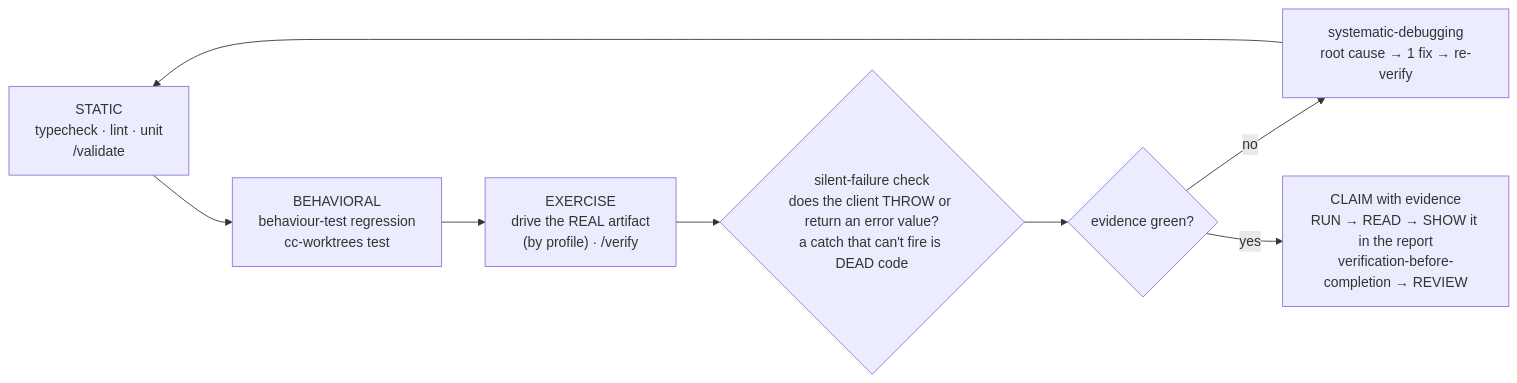
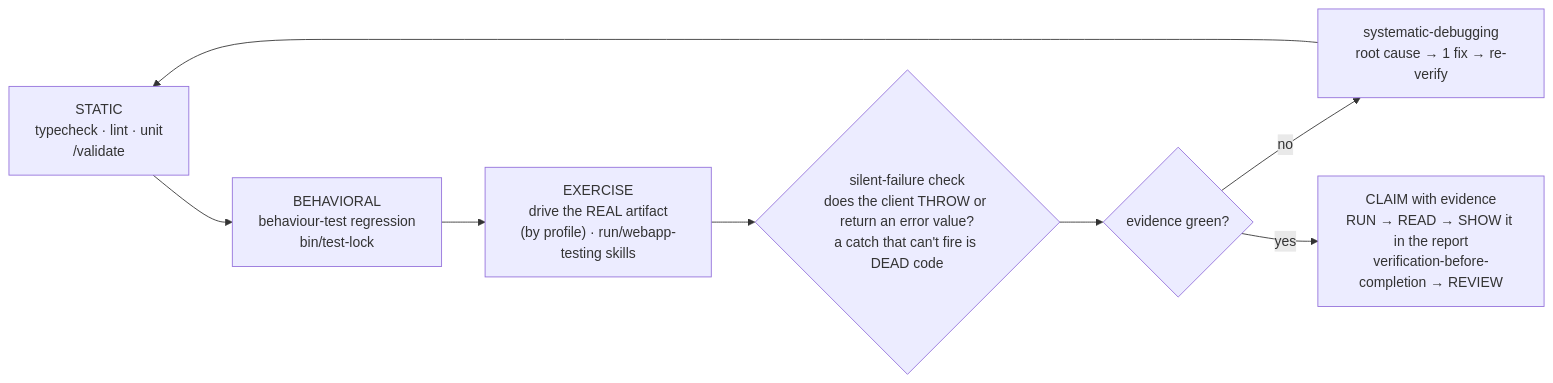
The diagram in docs/VERIFY-WORKFLOW.md (HenriGeorge/Yannick), drawn with Mermaid before and after one commit. The commit also changed other lines of this file and 7 other files, not shown here.

````diff
--- a/docs/VERIFY-WORKFLOW.md
+++ b/docs/VERIFY-WORKFLOW.md
@@ -16,10 +16,10 @@
 ```mermaid
 flowchart LR
-    S["STATIC<br/>typecheck · lint · unit<br/>/validate"] --> B["BEHAVIORAL<br/>behaviour-test regression<br/>cc-worktrees test"]
-    B --> L["EXERCISE<br/>drive the REAL artifact<br/>(by profile) · /verify"]
+    S["STATIC<br/>typecheck · lint · unit<br/>/validate"] --> B["BEHAVIORAL<br/>behaviour-test regression<br/>bin/test-lock"]
+    B --> L["EXERCISE<br/>drive the REAL artifact<br/>(by profile) · run/webapp-testing skills"]
     L --> SF{"silent-failure check<br/>does the client THROW or return an error value?<br/>a catch that can't fire is DEAD code"}
     SF --> Q{evidence green?}
     Q -->|no| D["systematic-debugging<br/>root cause → 1 fix → re-verify"]
     D --> S
     Q -->|yes| C["CLAIM with evidence<br/>RUN → READ → SHOW it in the report<br/>verification-before-completion → REVIEW"]
 ```
````
